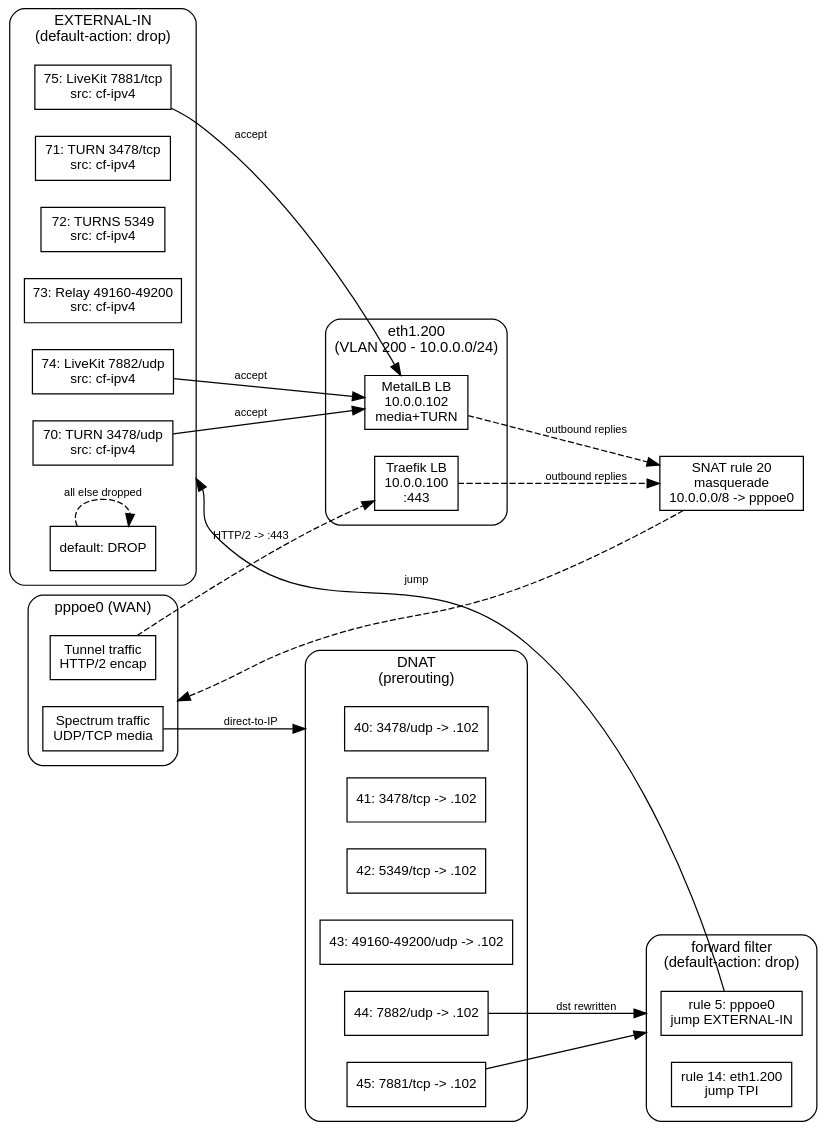
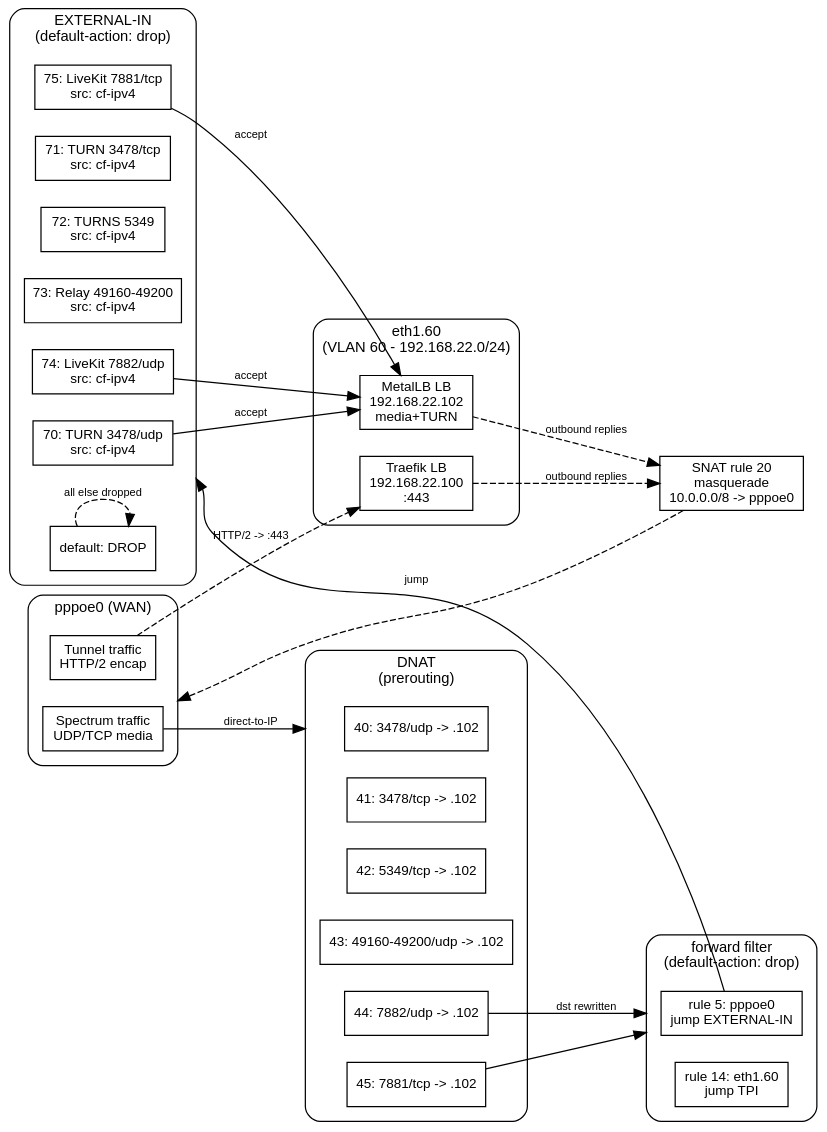
The third of 3 diagrams in src/content/docs/guides/self-host-matrix.mdx (erfianugrah/lexicanum), drawn with Graphviz before and after one commit. The commit also changed other lines of this file and 17 other files, not shown here.

````diff
--- a/src/content/docs/guides/self-host-matrix.mdx
+++ b/src/content/docs/guides/self-host-matrix.mdx
@@ -1267,58 +1267,58 @@
 ```dot
 digraph {
   rankdir=LR; bgcolor="transparent"; compound=true; nodesep=0.3; ranksep=0.7;
   fontname="Helvetica,Arial,sans-serif";
   node [fontname="Helvetica,Arial,sans-serif", fontsize=11, shape=box];
   edge [fontname="Helvetica,Arial,sans-serif", fontsize=9];
 
   subgraph cluster_wan {
     label="pppoe0 (WAN)"; style=rounded; fontsize=12; margin=12;
     wan_spectrum [label="Spectrum traffic\nUDP/TCP media"];
     wan_tunnel   [label="Tunnel traffic\nHTTP/2 encap"];
   }
   subgraph cluster_prerouting {
     label="DNAT\n(prerouting)"; style=rounded; fontsize=12; margin=12;
     prerouting_r40 [label="40: 3478/udp -> .102"];
     prerouting_r41 [label="41: 3478/tcp -> .102"];
     prerouting_r42 [label="42: 5349/tcp -> .102"];
     prerouting_r43 [label="43: 49160-49200/udp -> .102"];
     prerouting_r44 [label="44: 7882/udp -> .102"];
     prerouting_r45 [label="45: 7881/tcp -> .102"];
   }
   subgraph cluster_forward {
     label="forward filter\n(default-action: drop)"; style=rounded; fontsize=12; margin=12;
     forward_r5  [label="rule 5: pppoe0\njump EXTERNAL-IN"];
-    forward_r14 [label="rule 14: eth1.200\njump TPI"];
+    forward_r14 [label="rule 14: eth1.60\njump TPI"];
   }
   subgraph cluster_external_in {
     label="EXTERNAL-IN\n(default-action: drop)"; style=rounded; fontsize=12; margin=12;
     external_in_r70  [label="70: TURN 3478/udp\nsrc: cf-ipv4"];
     external_in_r71  [label="71: TURN 3478/tcp\nsrc: cf-ipv4"];
     external_in_r72  [label="72: TURNS 5349\nsrc: cf-ipv4"];
     external_in_r73  [label="73: Relay 49160-49200\nsrc: cf-ipv4"];
     external_in_r74  [label="74: LiveKit 7882/udp\nsrc: cf-ipv4"];
     external_in_r75  [label="75: LiveKit 7881/tcp\nsrc: cf-ipv4"];
     external_in_drop [label="default: DROP"];
   }
   subgraph cluster_lan {
-    label="eth1.200\n(VLAN 200 - 10.0.0.0/24)"; style=rounded; fontsize=12; margin=12;
-    lan_traefik [label="Traefik LB\n10.0.0.100\n:443"];
-    lan_metallb [label="MetalLB LB\n10.0.0.102\nmedia+TURN"];
+    label="eth1.60\n(VLAN 60 - 192.168.22.0/24)"; style=rounded; fontsize=12; margin=12;
+    lan_traefik [label="Traefik LB\n192.168.22.100\n:443"];
+    lan_metallb [label="MetalLB LB\n192.168.22.102\nmedia+TURN"];
   }
 
   snat [label="SNAT rule 20\nmasquerade\n10.0.0.0/8 -> pppoe0"];
 
   wan_spectrum -> prerouting_r40 [label="direct-to-IP", lhead=cluster_prerouting];
   wan_tunnel -> lan_traefik      [label="HTTP/2 -> :443", style=dashed];
   prerouting_r44 -> forward_r5   [label="dst rewritten", lhead=cluster_forward];
   prerouting_r45 -> forward_r5   [lhead=cluster_forward];
   forward_r5 -> external_in_r70  [label="jump", lhead=cluster_external_in];
   external_in_r74 -> lan_metallb [label="accept"];
   external_in_r75 -> lan_metallb [label="accept"];
   external_in_r70 -> lan_metallb [label="accept"];
   external_in_drop -> external_in_drop [label="all else dropped", style=dashed];
   lan_traefik -> snat [label="outbound replies", style=dashed];
   lan_metallb -> snat [label="outbound replies", style=dashed];
   snat -> wan_spectrum [style=dashed, lhead=cluster_wan];
 }
 ```
````
